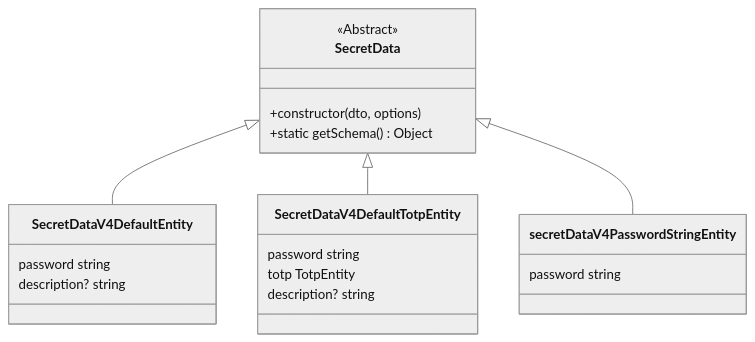
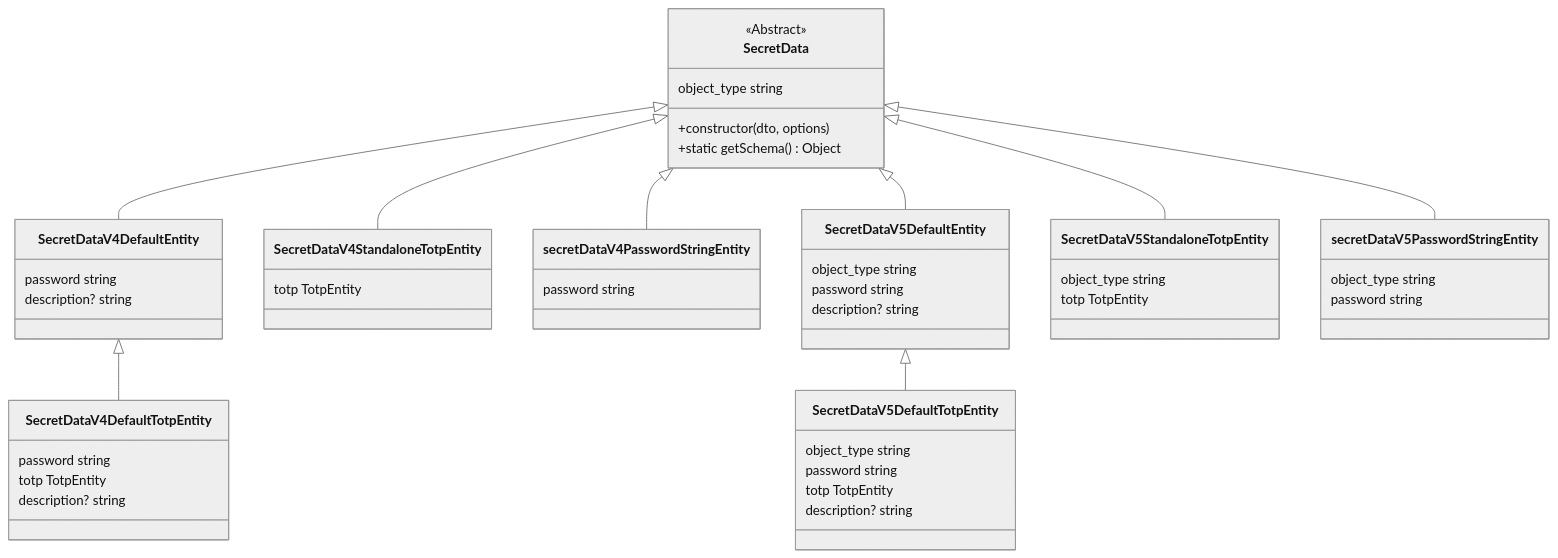
Before and after one commit to passbolt/passbolt_styleguide: the diagram in doc/secret-data-entity.md, drawn with Mermaid. The commit also changed 8 other files, not shown here.

Commit message:
PB-39031 WP6-2.9 Create secretDataV5PasswordStringEntity

````diff
--- a/doc/secret-data-entity.md
+++ b/doc/secret-data-entity.md
@@ -1,29 +1,62 @@
 ```mermaid
 %%{init: {'theme':'neutral'}}%%
 classDiagram
 
     class SecretData {
         <<Abstract>>
+        object_type string
         +constructor(dto, options)
         +static getSchema() Object
     }
 
     class SecretDataV4DefaultEntity {
         password string
         description? string
     }
 
     class SecretDataV4DefaultTotpEntity {
         password string
         totp TotpEntity
         description? string
     }
 
+    class SecretDataV4StandaloneTotpEntity {
+        totp TotpEntity
+    }
+
     class secretDataV4PasswordStringEntity {
         password string
     }
 
+    class SecretDataV5DefaultEntity {
+        object_type string
+        password string
+        description? string
+    }
+
+    class SecretDataV5DefaultTotpEntity {
+        object_type string
+        password string
+        totp TotpEntity
+        description? string
+    }
+
+    class SecretDataV5StandaloneTotpEntity {
+        object_type string
+        totp TotpEntity
+    }
+
+    class secretDataV5PasswordStringEntity {
+        object_type string
+        password string
+    }
+
     SecretData <|-- SecretDataV4DefaultEntity
-    SecretData <|-- SecretDataV4DefaultTotpEntity
+    SecretDataV4DefaultEntity <|-- SecretDataV4DefaultTotpEntity
+    SecretData <|-- SecretDataV4StandaloneTotpEntity
     SecretData <|-- secretDataV4PasswordStringEntity
+    SecretData <|-- SecretDataV5DefaultEntity
+    SecretDataV5DefaultEntity <|-- SecretDataV5DefaultTotpEntity
+    SecretData <|-- SecretDataV5StandaloneTotpEntity
+    SecretData <|-- secretDataV5PasswordStringEntity
 ```
````
